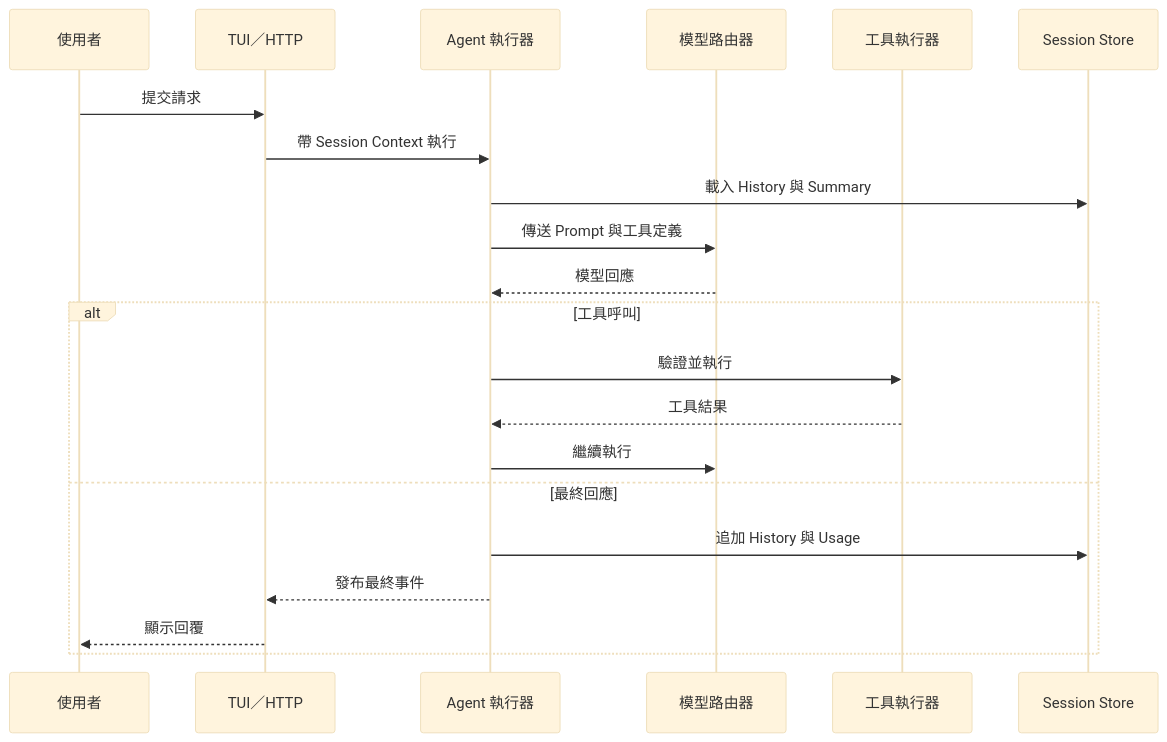
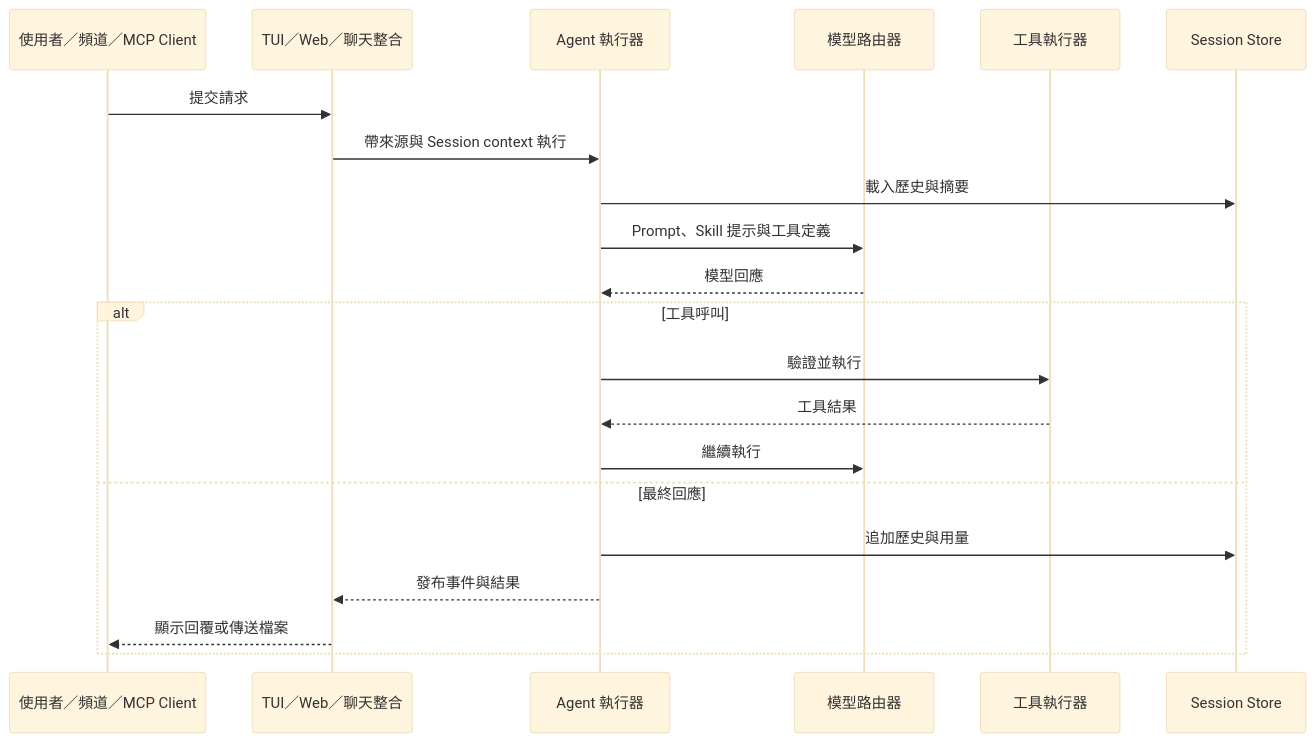
One commit to agenvoy/Agenvoy changed the eighth of 9 diagrams in doc/architecture.zh.md. Above: the diagram before and after it, drawn with Mermaid (base theme). The commit also changed other lines of this file and 5 other files, not shown here.

````diff
--- a/doc/architecture.zh.md
+++ b/doc/architecture.zh.md
@@ -224,24 +152,24 @@
 ```mermaid
 sequenceDiagram
-    participant User as 使用者
-    participant TUI as TUI／HTTP
+    participant User as 使用者／頻道／MCP Client
+    participant Entry as TUI／Web／聊天整合
     participant Exec as Agent 執行器
     participant Router as 模型路由器
     participant Tools as 工具執行器
     participant Store as Session Store
 
-    User->>TUI: 提交請求
-    TUI->>Exec: 帶 Session Context 執行
-    Exec->>Store: 載入 History 與 Summary
-    Exec->>Router: 傳送 Prompt 與工具定義
+    User->>Entry: 提交請求
+    Entry->>Exec: 帶來源與 Session context 執行
+    Exec->>Store: 載入歷史與摘要
+    Exec->>Router: Prompt、Skill 提示與工具定義
     Router-->>Exec: 模型回應
     alt 工具呼叫
         Exec->>Tools: 驗證並執行
         Tools-->>Exec: 工具結果
         Exec->>Router: 繼續執行
     else 最終回應
-        Exec->>Store: 追加 History 與 Usage
-        Exec-->>TUI: 發布最終事件
-        TUI-->>User: 顯示回覆
+        Exec->>Store: 追加歷史與用量
+        Exec-->>Entry: 發布事件與結果
+        Entry-->>User: 顯示回覆或傳送檔案
     end
 ```
````
